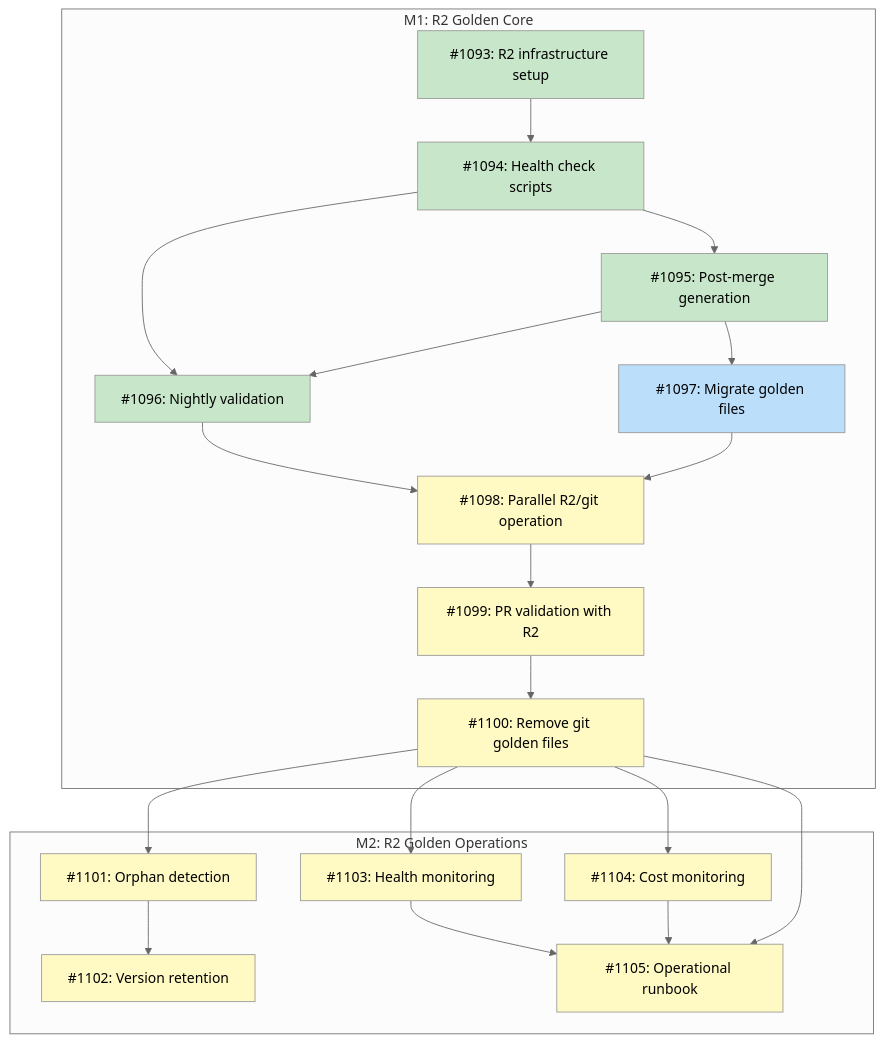
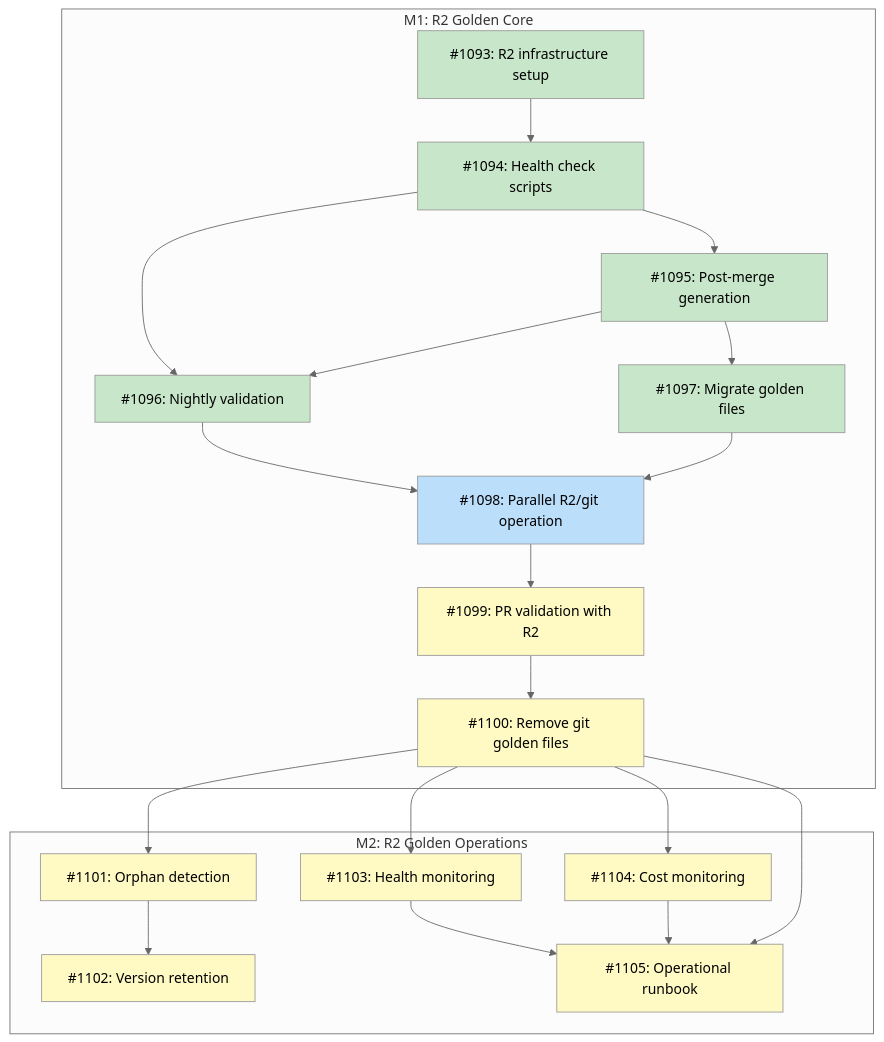
The diagram in docs/designs/DESIGN-r2-golden-storage.md (tsukumogami/tsuku), drawn with Mermaid (neutral theme) before and after one commit. The commit also changed 7 other files, not shown here.

````diff
--- a/docs/designs/DESIGN-r2-golden-storage.md
+++ b/docs/designs/DESIGN-r2-golden-storage.md
@@ -41,48 +41,48 @@
 ```mermaid
 graph TD
     subgraph M1["M1: R2 Golden Core"]
         I1093["#1093: R2 infrastructure setup"]
         I1094["#1094: Health check scripts"]
         I1095["#1095: Post-merge generation"]
         I1096["#1096: Nightly validation"]
         I1097["#1097: Migrate golden files"]
         I1098["#1098: Parallel R2/git operation"]
         I1099["#1099: PR validation with R2"]
         I1100["#1100: Remove git golden files"]
     end
 
     subgraph M2["M2: R2 Golden Operations"]
         I1101["#1101: Orphan detection"]
         I1102["#1102: Version retention"]
         I1103["#1103: Health monitoring"]
         I1104["#1104: Cost monitoring"]
         I1105["#1105: Operational runbook"]
     end
 
     I1093 --> I1094
     I1094 --> I1095
     I1094 --> I1096
     I1095 --> I1096
     I1095 --> I1097
     I1096 --> I1098
     I1097 --> I1098
     I1098 --> I1099
     I1099 --> I1100
     I1100 --> I1101
     I1101 --> I1102
     I1100 --> I1103
     I1100 --> I1104
     I1103 --> I1105
     I1104 --> I1105
     I1100 --> I1105
 
     classDef done fill:#c8e6c9
     classDef ready fill:#bbdefb
     classDef blocked fill:#fff9c4
     classDef needsDesign fill:#e1bee7
 
-    class I1093,I1094,I1095,I1096 done
-    class I1097 ready
-    class I1098,I1099,I1100 blocked
+    class I1093,I1094,I1095,I1096,I1097 done
+    class I1098 ready
+    class I1099,I1100 blocked
     class I1101,I1102,I1103,I1104,I1105 blocked
 ```
````
